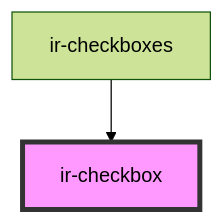
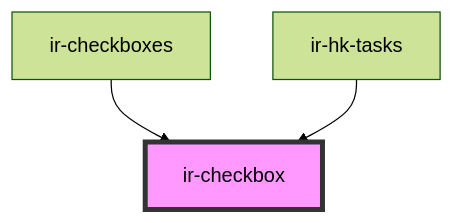
One commit to RonyRizk/ir-webcmp changed the diagram in src/components/ir-checkbox/readme.md. Above: the diagram before and after it, drawn with Mermaid (forest theme). The commit also changed other lines of this file and 102 other files, not shown here.

````diff
--- a/src/components/ir-checkbox/readme.md
+++ b/src/components/ir-checkbox/readme.md
@@ -34,5 +34,6 @@
 ```mermaid
 graph TD;
   ir-checkboxes --> ir-checkbox
+  ir-hk-tasks --> ir-checkbox
   style ir-checkbox fill:#f9f,stroke:#333,stroke-width:4px
 ```
````
